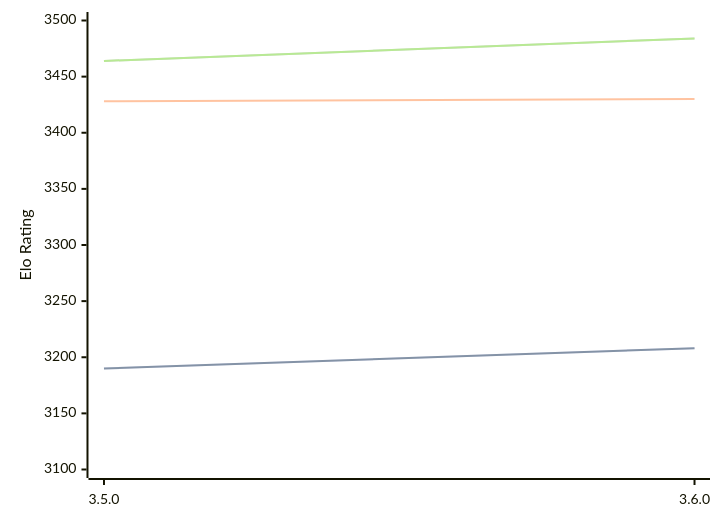
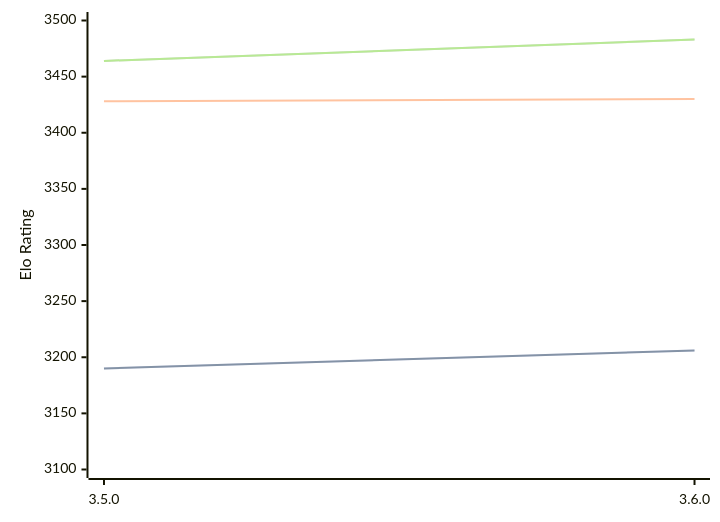
The diagram in engines/Igel.md (computer-chess-index/cci), drawn with Mermaid before and after one commit. The commit also changed other lines of this file, not shown here.

Commit message:
Update CCI Ratings (ELO VLTC) - 2026-04-08

````diff
--- a/engines/Igel.md
+++ b/engines/Igel.md
@@ -68,11 +68,11 @@
 ```mermaid
 %%{init: {"theme":"base","themeVariables":{"seriesColors:['#a3a3a3','#222221','#faa371']}}}%%
 xychart-beta
   x-axis ["3.5.0", "3.6.0"]
   y-axis "Elo Rating" 3100 --> 3500
-  line "STC (8.0+0.08s)" [3190, 3208]
-  line "STC (8.0+0.08s)" [3190, 3208]
+  line "STC (8.0+0.08s)" [3190, 3206]
+  line "STC (8.0+0.08s)" [3190, 3206]
   line "LTC (60.0+0.60s)" [3428, 3430]
-  line "VLTC (2m24s+1.12s)" [3464, 3484]
-  line "VLTC (2m24s+1.12s)" [3464, 3484]
+  line "VLTC (2m24s+1.12s)" [3464, 3483]
+  line "VLTC (2m24s+1.12s)" [3464, 3483]
 ```
````
